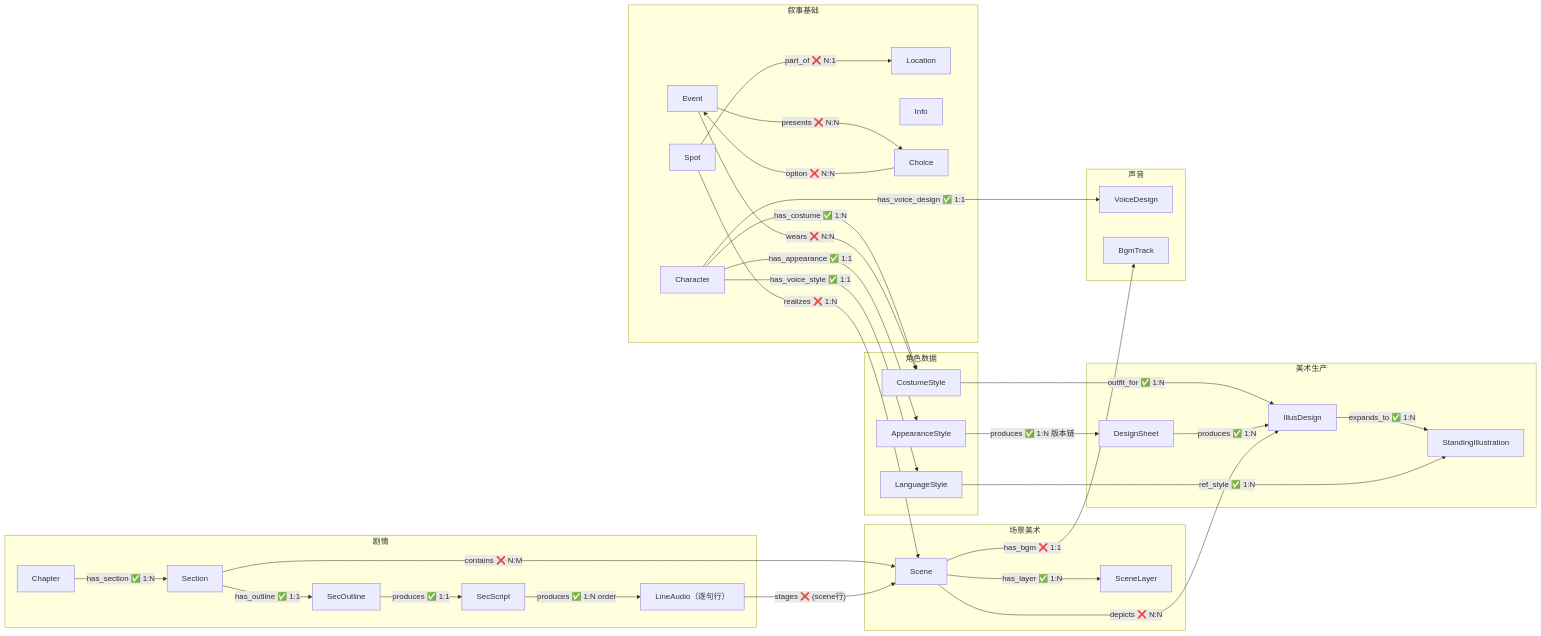
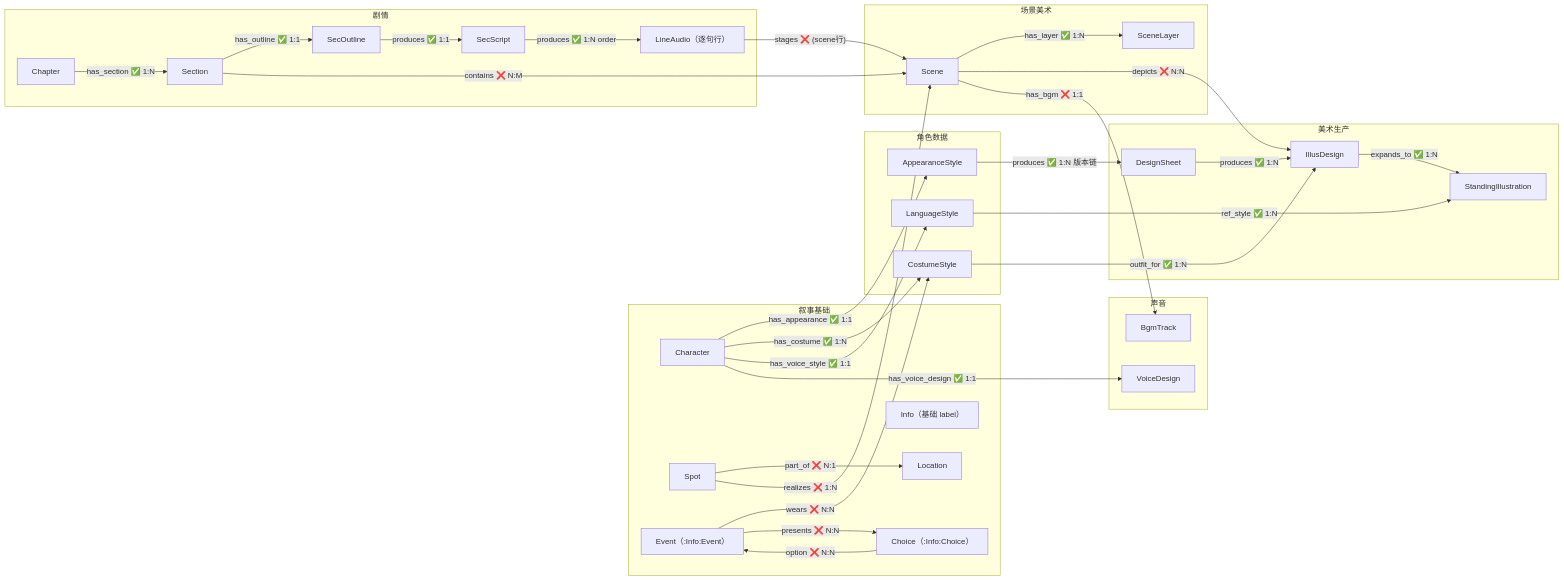
The diagram in 00_init/Schema总览.md (CrazyJinn/ProxyLove), drawn with Mermaid before and after one commit. The commit also changed other lines of this file and 5 other files, not shown here.

Commit message:
docs(schema): 叙事基础 Info 合并——Event/Choice 转附加 label、title 统一、全 label 唯一约束

````diff
--- a/00_init/Schema总览.md
+++ b/00_init/Schema总览.md
@@ -102,65 +102,65 @@
 ```mermaid
 flowchart LR
     subgraph 叙事["叙事基础"]
         Character["Character"]
-        Event["Event"]
         Location["Location"]
         Spot["Spot"]
-        Info["Info"]
-        Choice["Choice"]
+        Info["Info（基础 label）"]
+        Event["Event（:Info:Event）"]
+        Choice["Choice（:Info:Choice）"]
     end
 
     subgraph 角色数据["角色数据"]
         Appearance["AppearanceStyle"]
         Costume["CostumeStyle"]
         Language["LanguageStyle"]
     end
 
     subgraph 美术生产["美术生产"]
         DesignSheet["DesignSheet"]
         IllusDesign["IllusDesign"]
         StandingIllus["StandingIllustration"]
     end
 
     subgraph 场景美术["场景美术"]
         Scene["Scene"]
         SceneLayer["SceneLayer"]
     end
 
     subgraph 声音["声音"]
         Voice["VoiceDesign"]
         BgmTrack["BgmTrack"]
     end
 
     subgraph 剧情["剧情"]
         Chapter["Chapter"]
         Section["Section"]
         SecOutline["SecOutline"]
         SecScript["SecScript"]
         LineAudio["LineAudio（逐句行）"]
     end
 
     Character -->|"has_appearance ✅ 1:1"| Appearance
     Character -->|"has_costume ✅ 1:N"| Costume
     Character -->|"has_voice_style ✅ 1:1"| Language
     Character -->|"has_voice_design ✅ 1:1"| Voice
     Appearance -->|"produces ✅ 1:N 版本链"| DesignSheet
     Costume -->|"outfit_for ✅ 1:N"| IllusDesign
     DesignSheet -->|"produces ✅ 1:N"| IllusDesign
     Event -->|"wears ❌ N:N"| Costume
     Event -->|"presents ❌ N:N"| Choice
     Choice -->|"option ❌ N:N"| Event
     IllusDesign -->|"expands_to ✅ 1:N"| StandingIllus
     Language -->|"ref_style ✅ 1:N"| StandingIllus
     Spot -->|"part_of ❌ N:1"| Location
     Spot -->|"realizes ❌ 1:N"| Scene
     Scene -->|"has_layer ✅ 1:N"| SceneLayer
     Chapter -->|"has_section ✅ 1:N"| Section
     Section -->|"has_outline ✅ 1:1"| SecOutline
     SecOutline -->|"produces ✅ 1:1"| SecScript
     SecScript -->|"produces ✅ 1:N order"| LineAudio
     Section -->|"contains ❌ N:M"| Scene
     LineAudio -->|"stages ❌ (scene行)"| Scene
     Scene -->|"depicts ❌ N:N"| IllusDesign
     Scene -->|"has_bgm ❌ 1:1"| BgmTrack
 ```
````
